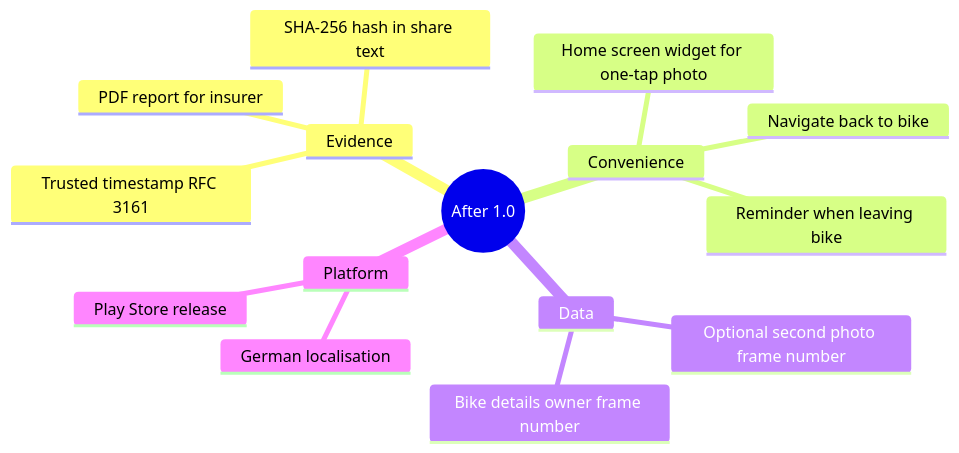
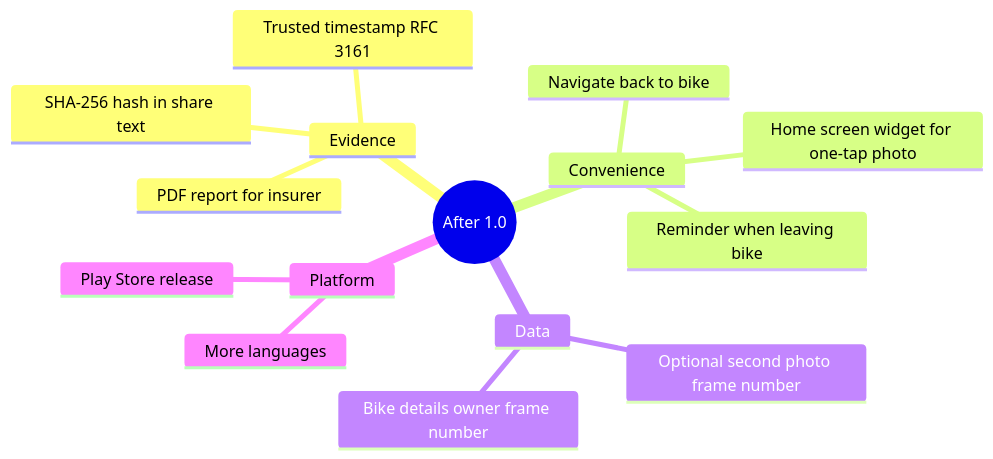
Before and after one commit to Nomovil/bike_lock_doc: the second of 2 diagrams in docs/spec/15-risks-and-open-issues.md, drawn with Mermaid. The commit also changed other lines of this file and 25 other files, not shown here.

First line of the commit message:
Add localisation (English, German)

````diff
--- a/docs/spec/15-risks-and-open-issues.md
+++ b/docs/spec/15-risks-and-open-issues.md
@@ -63,18 +64,18 @@
 ```mermaid
 mindmap
   root((After 1.0))
     Evidence
       SHA-256 hash in share text
       Trusted timestamp RFC 3161
       PDF report for insurer
     Convenience
       Home screen widget for one-tap photo
       Reminder when leaving bike
       Navigate back to bike
     Data
       Optional second photo frame number
       Bike details owner frame number
     Platform
-      German localisation
+      More languages
       Play Store release
 ```
````
